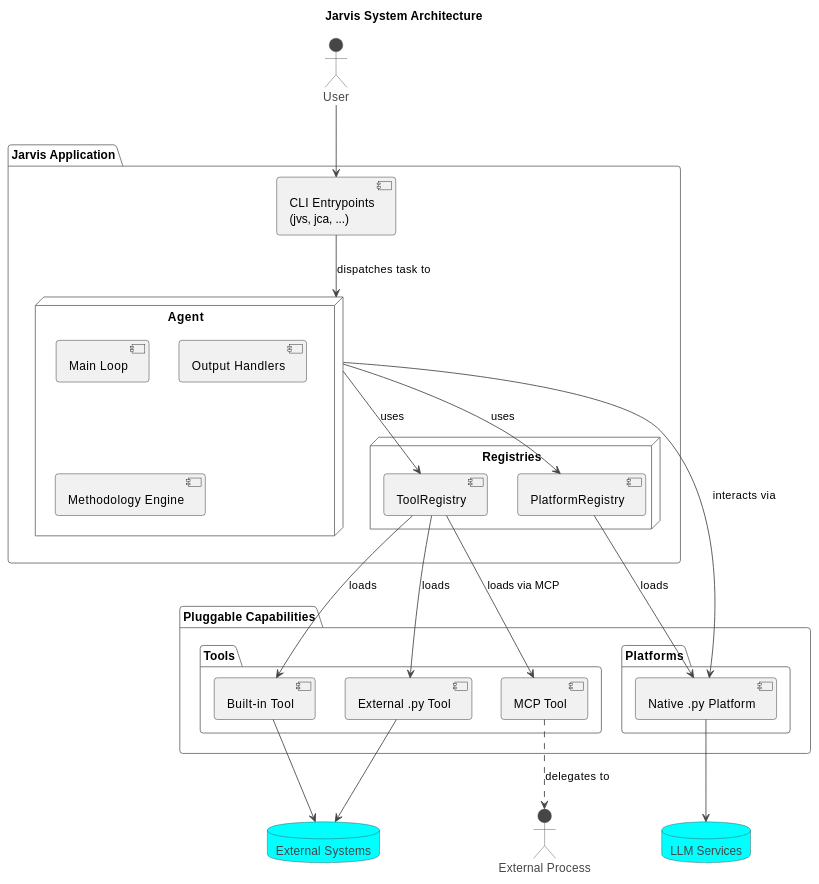
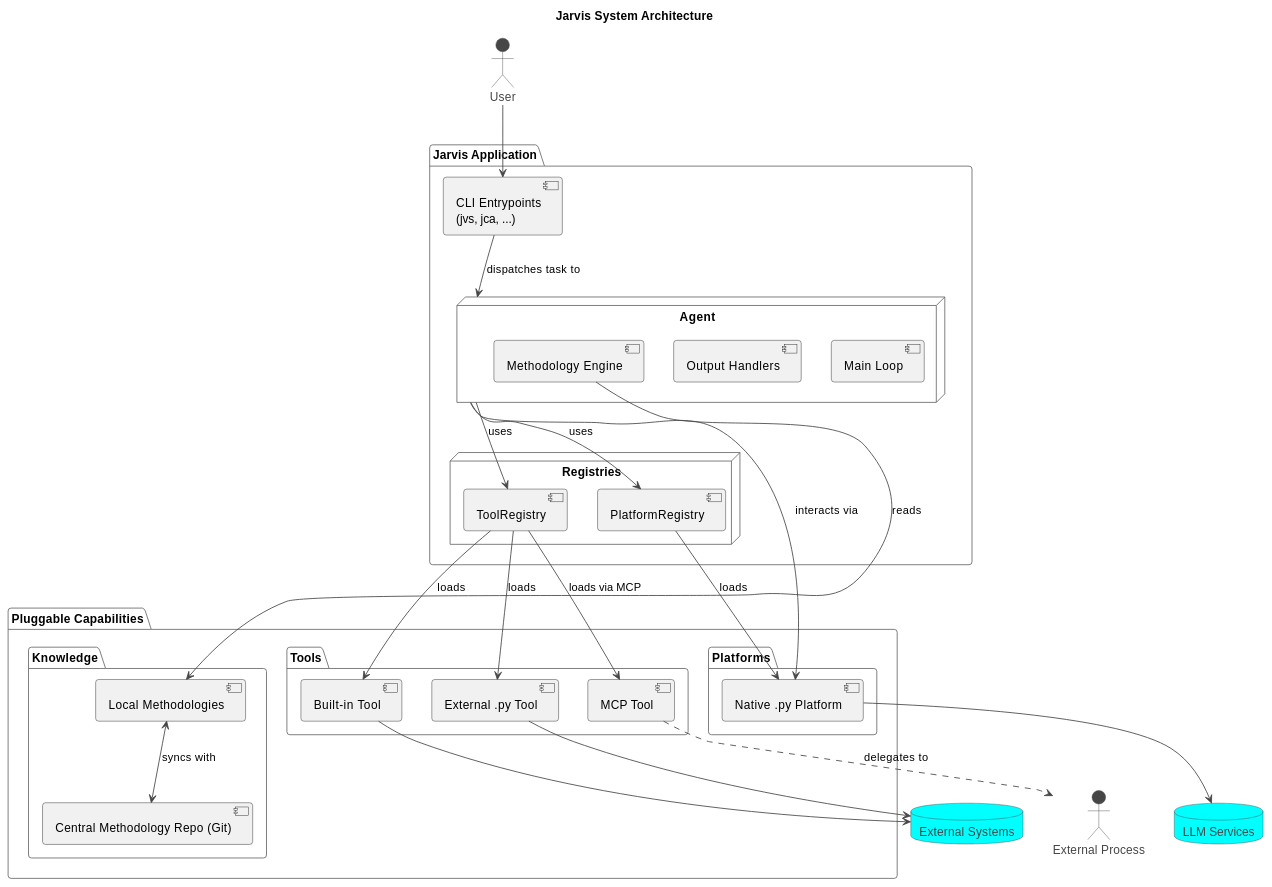
Before and after one commit to skyfireitdiy/Jarvis: the diagram in docs/jarvis_book/3.核心概念与架构.md, drawn with PlantUML. The commit also changed other lines of this file and 2 other files, not shown here.

Commit message:
feat(methodology): 引入中心方法论库以实现团队知识共享
本次更新引入了基于 Git 的中心方法论库，旨在促进团队内的知识沉淀与共享。

- 新增中心方法论库功能，允许用户配置远程 Git 仓库作为团队知识库，Jarvis 会自动同步其中的方法论，使团队成员能共享和复用最佳实践。
- 新增 `jarvis --share-methodology` 命令，方便用户将本地的优质方法论贡献到中心库。
- 重构了方法论的注入机制，以提升效率并降低成本。系统现在会先让大模型从标题列表中筛选相关方法论，再将完整内容注入上下文，取代了以往全量加载的低效模式。

````diff
--- a/docs/jarvis_book/3.核心概念与架构.md
+++ b/docs/jarvis_book/3.核心概念与架构.md
@@ -48,58 +50,65 @@
 ```plantuml
 @startuml
 !theme vibrant
 
 title Jarvis System Architecture
 
 actor User
 
 package "Jarvis Application" {
     [CLI Entrypoints\n(jvs, jca, ...)] as CLI
 
     node "Agent" {
         [Main Loop]
         [Output Handlers]
         [Methodology Engine]
     }
 
     node "Registries" {
         [ToolRegistry]
         [PlatformRegistry]
     }
 }
 
 package "Pluggable Capabilities" {
     package "Tools" {
         [Built-in Tool]
         [External .py Tool]
         [MCP Tool]
     }
     package "Platforms" {
         [Native .py Platform]
     }
+    package "Knowledge" {
+        [Local Methodologies]
+        [Central Methodology Repo (Git)] as CentralMethodology
+    }
 }
 
 database "External Systems"
 database "LLM Services"
 
 User --> CLI
 CLI --> Agent : dispatches task to
 
 Agent --> ToolRegistry : uses
 Agent --> PlatformRegistry : uses
 
 ToolRegistry --> [Built-in Tool] : loads
 ToolRegistry --> [External .py Tool] : loads
 ToolRegistry --> [MCP Tool] : loads via MCP
 
 PlatformRegistry --> [Native .py Platform] : loads
 
 Agent --> [Native .py Platform] : interacts via
 [Native .py Platform] --> "LLM Services"
 
 [Built-in Tool] --> "External Systems"
 [External .py Tool] --> "External Systems"
 [MCP Tool] ..> "External Process" : delegates to
 
+[Methodology Engine] --> [Local Methodologies] : reads
+[Local Methodologies] <--> CentralMethodology : syncs with
+
 @enduml
 ```
````
